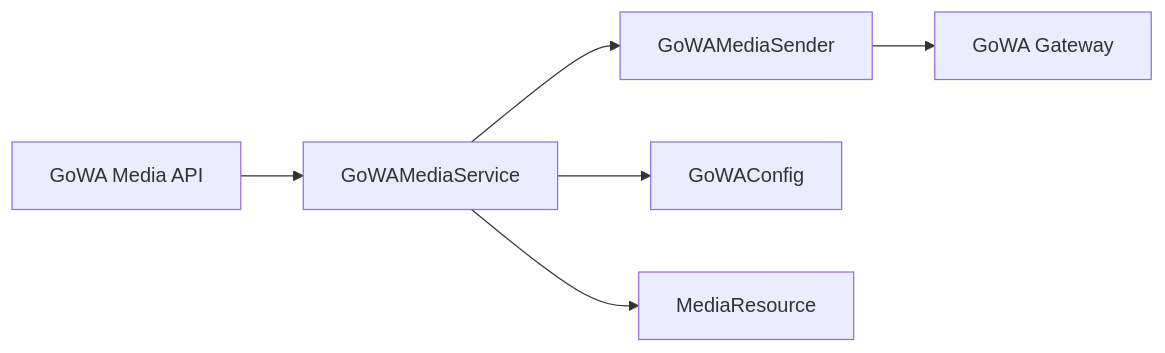
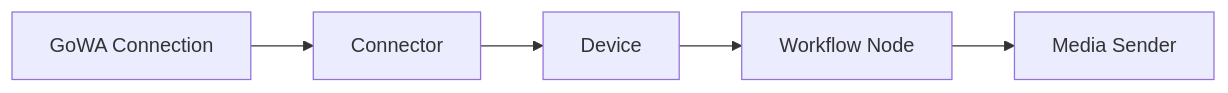
Before and after one commit to ashabulymn/BerTele2: the second of 2 diagrams in .ai/context/gowa.md, drawn with Mermaid. The commit also changed other lines of this file and 8 other files, not shown here.

Commit message:
docs(ai): standardize GoWA architecture and AI SDK

````diff
--- a/.ai/context/gowa.md
+++ b/.ai/context/gowa.md
@@ -11,8 +55,7 @@
 ```mermaid
 flowchart LR
-    API[GoWA Media API] --> Service[GoWAMediaService]
-    Service --> Sender[GoWAMediaSender]
-    Sender --> GoWA[GoWA Gateway]
-    Service --> Config[GoWAConfig]
-    Service --> Resource[MediaResource]
+    Connection[GoWA Connection] --> Connector[Connector]
+    Connector --> Device[Device]
+    Device --> Node[Workflow Node]
+    Node --> Sender[Media Sender]
 ```
````
